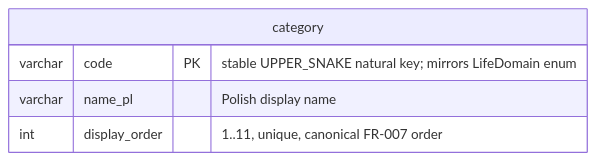
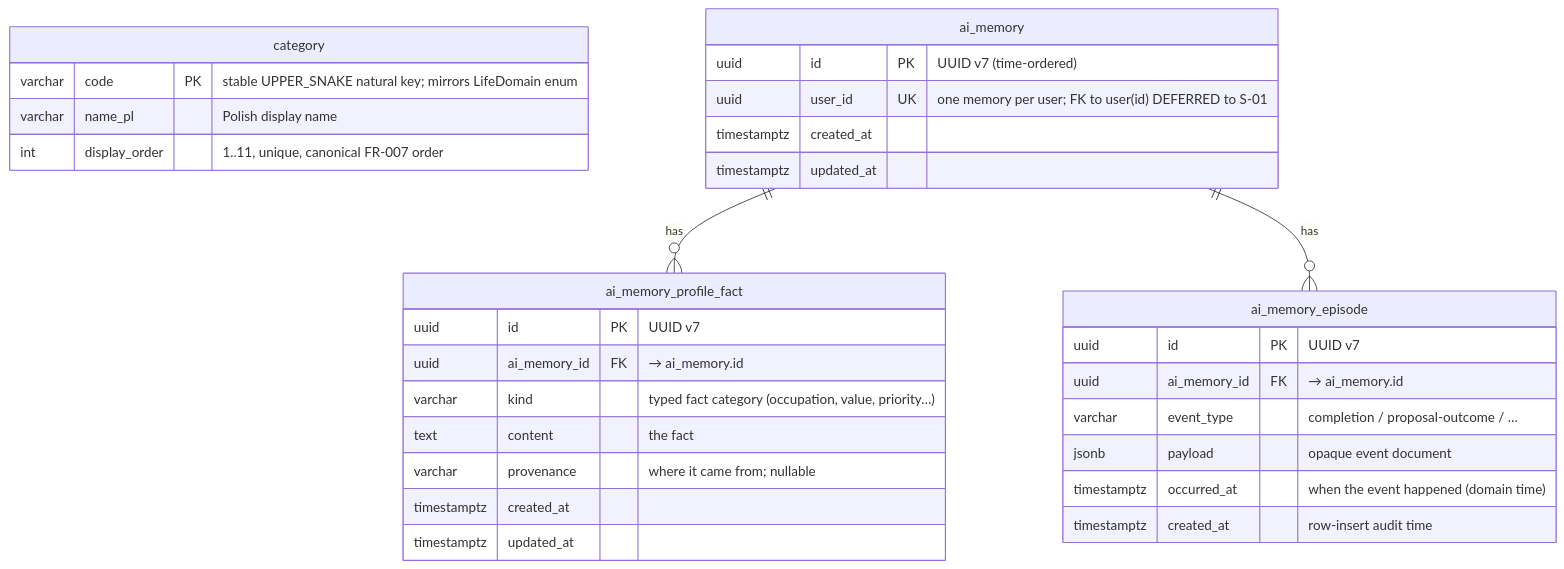
Before and after one commit to TheDariusz/2doai: the diagram in context/foundation/data-model.md, drawn with Mermaid. The commit also changed other lines of this file, not shown here.

Commit message:
docs(ai-memory-integration): draw AI-memory aggregate ERD in data-model
Extend the canonical ERD with the three F-02 tables (Flyway V3): ai_memory
(root, one row per user), ai_memory_profile_fact (semantic profile) and
ai_memory_episode (bounded episodic log, jsonb payload). Move the AI-memory
line from the "Planned (not yet designed)" list to drawn, and record the
intentional deferred user_id -> user(id) FK (added in S-01) inline.

Docs precede code here: the V3 migration + entities land in the Phase 2 commit.

````diff
--- a/context/foundation/data-model.md
+++ b/context/foundation/data-model.md
@@ -10,8 +10,35 @@
 ```mermaid
 erDiagram
     category {
         varchar code PK "stable UPPER_SNAKE natural key; mirrors LifeDomain enum"
         varchar name_pl "Polish display name"
         int display_order "1..11, unique, canonical FR-007 order"
     }
+
+    ai_memory ||--o{ ai_memory_profile_fact : has
+    ai_memory ||--o{ ai_memory_episode : has
+
+    ai_memory {
+        uuid id PK "UUID v7 (time-ordered)"
+        uuid user_id UK "one memory per user; FK to user(id) DEFERRED to S-01"
+        timestamptz created_at
+        timestamptz updated_at
+    }
+    ai_memory_profile_fact {
+        uuid id PK "UUID v7"
+        uuid ai_memory_id FK "→ ai_memory.id"
+        varchar kind "typed fact category (occupation, value, priority…)"
+        text content "the fact"
+        varchar provenance "where it came from; nullable"
+        timestamptz created_at
+        timestamptz updated_at
+    }
+    ai_memory_episode {
+        uuid id PK "UUID v7"
+        uuid ai_memory_id FK "→ ai_memory.id"
+        varchar event_type "completion / proposal-outcome / …"
+        jsonb payload "opaque event document"
+        timestamptz occurred_at "when the event happened (domain time)"
+        timestamptz created_at "row-insert audit time"
+    }
 ```
````
